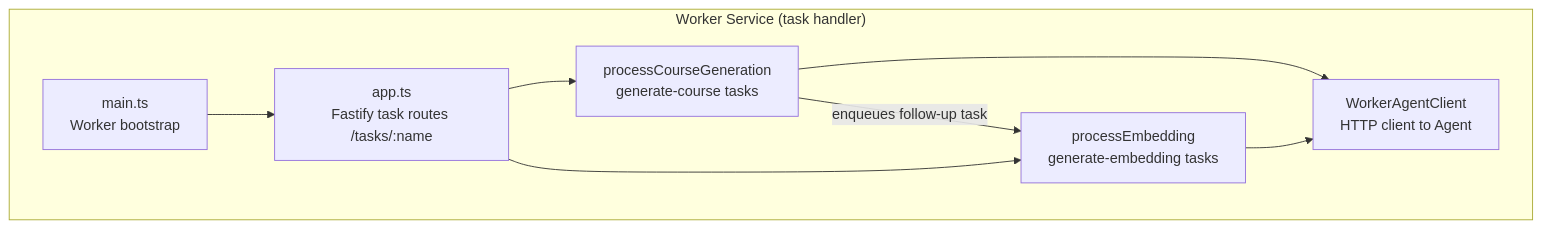
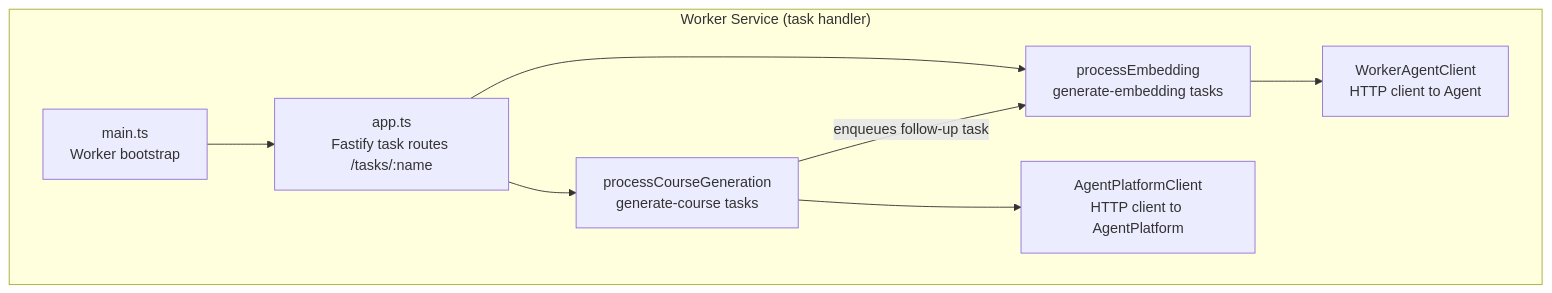
One commit to DavidRoyBlue/Autodidact changed the third of 4 diagrams in docs/architecture/c4/c4-components.md. Above: the diagram before and after it, drawn with Mermaid. The commit also changed other lines of this file and 101 other files, not shown here.

First line of the commit message:
Course generation runs on AgentPlatform's course-creator workflow (ADR-030) (#309)

````diff
--- a/docs/architecture/c4/c4-components.md
+++ b/docs/architecture/c4/c4-components.md
@@ -79,17 +75,18 @@
 ```mermaid
 graph TD
     subgraph "Worker Service (task handler)"
         MAIN[main.ts<br/>Worker bootstrap]
         APP[app.ts<br/>Fastify task routes /tasks/:name]
         CGP[processCourseGeneration<br/>generate-course tasks]
         EP[processEmbedding<br/>generate-embedding tasks]
         WAC[WorkerAgentClient<br/>HTTP client to Agent]
+        APC[AgentPlatformClient<br/>HTTP client to AgentPlatform]
     end
 
     MAIN --> APP
     APP --> CGP
     APP --> EP
-    CGP --> WAC
+    CGP --> APC
     EP --> WAC
     CGP -->|enqueues follow-up task| EP
 ```
````
